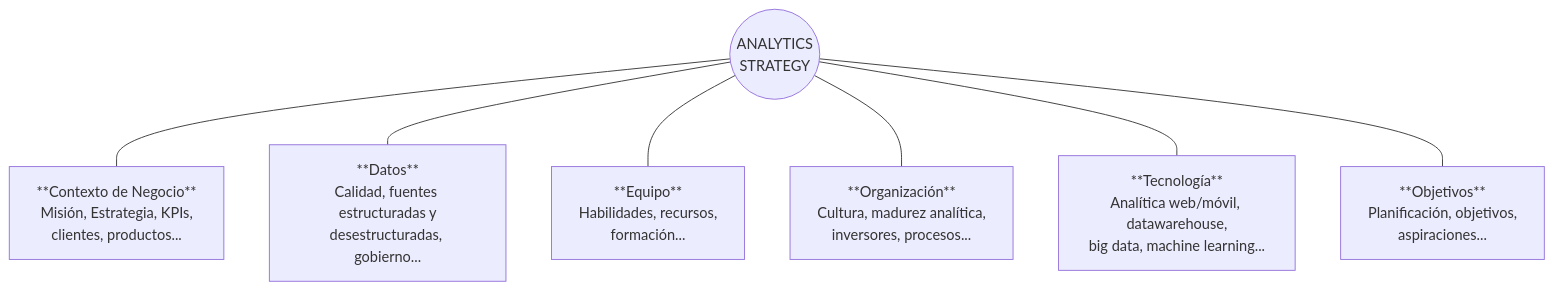
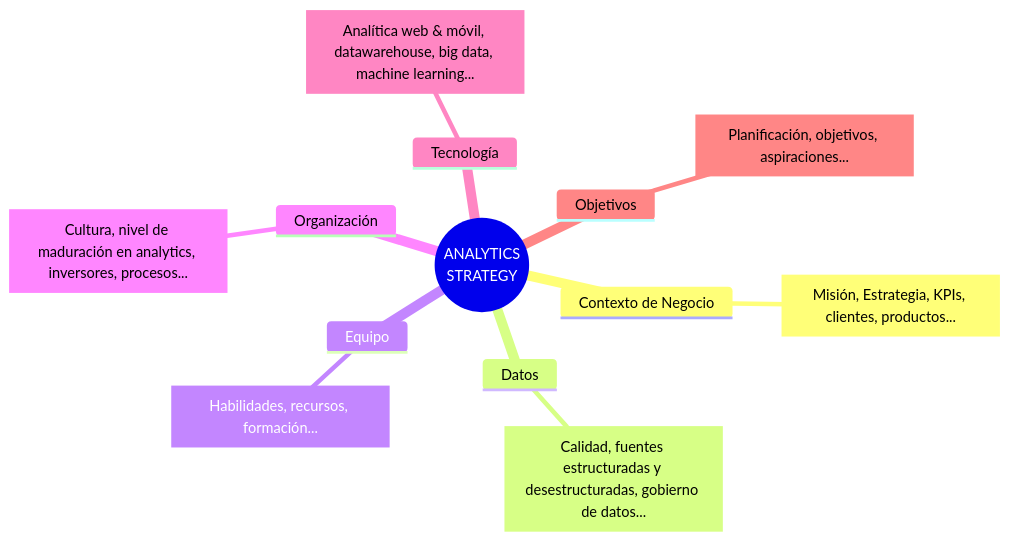
One commit to laralbir/bigdata-ia changed the ninth of 9 diagrams in clases/big_data_aplicado/anotaciones/almacenamiento_masivo_datos.md. Above: the diagram before and after it, drawn with Mermaid.

Commit message:
docs(big_data_aplicado): usar formato mindmap en mermaid para el diagrama radial de estrategia

````diff
--- a/clases/big_data_aplicado/anotaciones/almacenamiento_masivo_datos.md
+++ b/clases/big_data_aplicado/anotaciones/almacenamiento_masivo_datos.md
@@ -547,18 +547,16 @@
 ```mermaid
-flowchart TD
-    Strategy(("ANALYTICS<br>STRATEGY"))
-    
-    Contexto["**Contexto de Negocio**<br>Misión, Estrategia, KPIs,<br>clientes, productos..."]
-    Datos["**Datos**<br>Calidad, fuentes estructuradas y<br>desestructuradas, gobierno..."]
-    Equipo["**Equipo**<br>Habilidades, recursos,<br>formación..."]
-    Organizacion["**Organización**<br>Cultura, madurez analítica,<br>inversores, procesos..."]
-    Tecnologia["**Tecnología**<br>Analítica web/móvil, datawarehouse,<br>big data, machine learning..."]
-    Objetivos["**Objetivos**<br>Planificación, objetivos,<br>aspiraciones..."]
-    
-    Strategy --- Contexto
-    Strategy --- Datos
-    Strategy --- Equipo
-    Strategy --- Organizacion
-    Strategy --- Tecnologia
-    Strategy --- Objetivos
+mindmap
+  root((ANALYTICS<br/>STRATEGY))
+    Contexto de Negocio
+      [Misión, Estrategia, KPIs, clientes, productos...]
+    Datos
+      [Calidad, fuentes estructuradas y desestructuradas, gobierno de datos...]
+    Equipo
+      [Habilidades, recursos, formación...]
+    Organización
+      [Cultura, nivel de maduración en analytics, inversores, procesos...]
+    Tecnología
+      [Analítica web & móvil, datawarehouse, big data, machine learning...]
+    Objetivos
+      [Planificación, objetivos, aspiraciones...]
 ```
````
